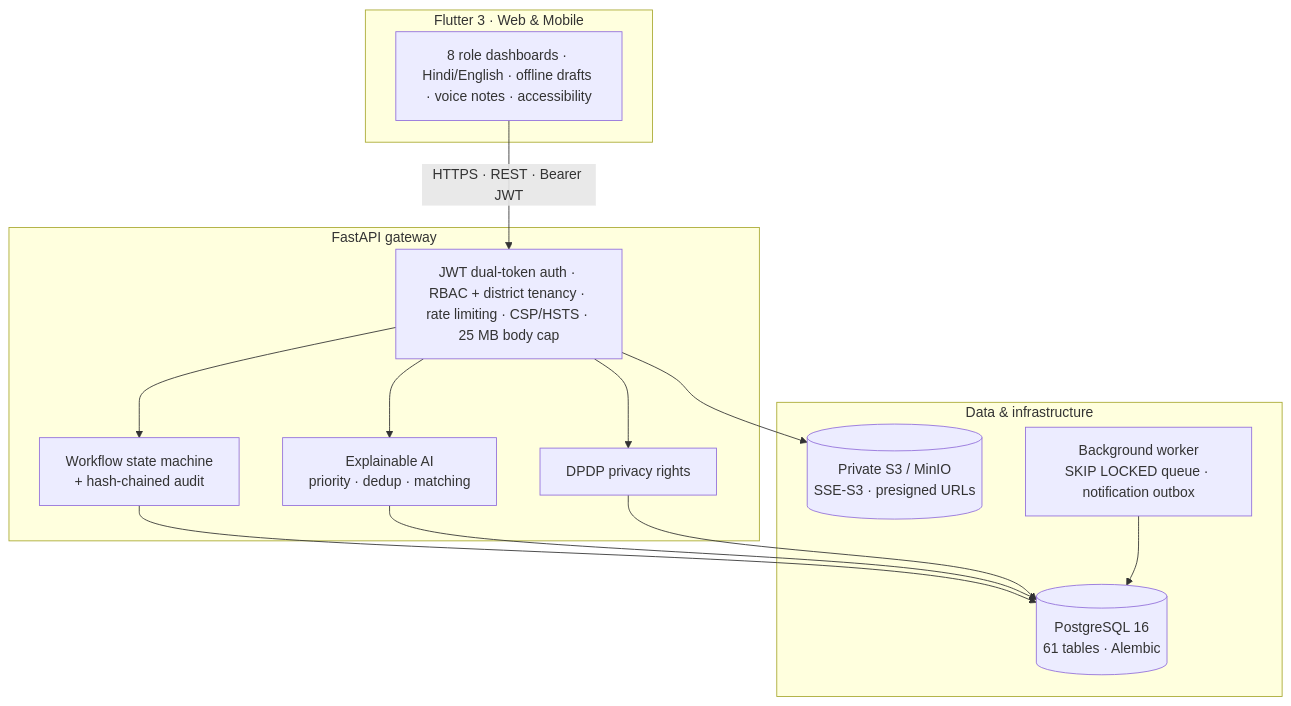
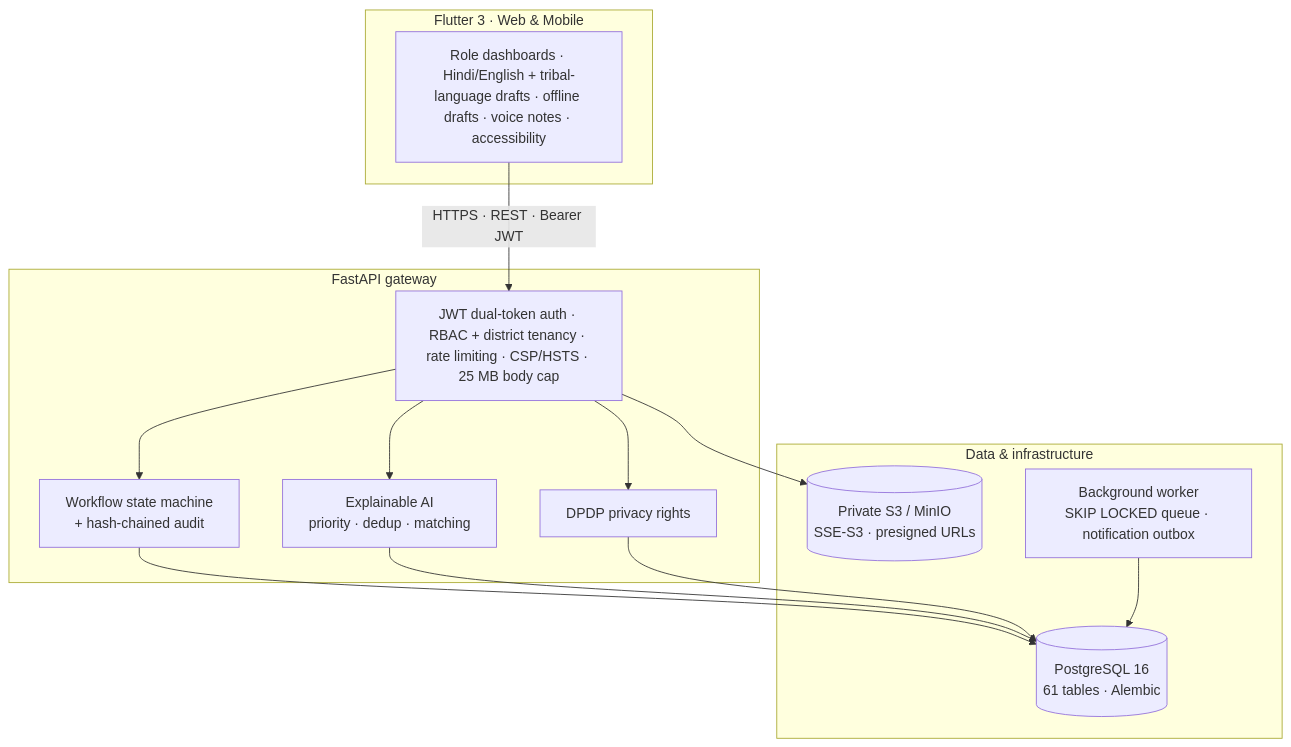
One commit to kirancodes-dev/Jk changed the third of 3 diagrams in README.md. Above: the diagram before and after it, drawn with Mermaid. The commit also changed other lines of this file, not shown here.

````diff
--- a/README.md
+++ b/README.md
@@ -160,24 +211,24 @@
 ```mermaid
 flowchart TB
     subgraph Client["Flutter 3 · Web & Mobile"]
-        UI["8 role dashboards · Hindi/English · offline drafts · voice notes · accessibility"]
+        UI["Role dashboards · Hindi/English + tribal-language drafts · offline drafts · voice notes · accessibility"]
     end
     subgraph API["FastAPI gateway"]
         SEC["JWT dual-token auth · RBAC + district tenancy · rate limiting · CSP/HSTS · 25 MB body cap"]
         FSM["Workflow state machine<br/>+ hash-chained audit"]
         AI["Explainable AI<br/>priority · dedup · matching"]
         PRIV["DPDP privacy rights"]
     end
     subgraph Data["Data & infrastructure"]
         PG[("PostgreSQL 16<br/>61 tables · Alembic")]
         S3[("Private S3 / MinIO<br/>SSE-S3 · presigned URLs")]
         WK["Background worker<br/>SKIP LOCKED queue · notification outbox"]
     end
     UI -->|HTTPS · REST · Bearer JWT| SEC
     SEC --> FSM & AI & PRIV
     FSM --> PG
     AI --> PG
     PRIV --> PG
     SEC --> S3
     WK --> PG
 ```
````
